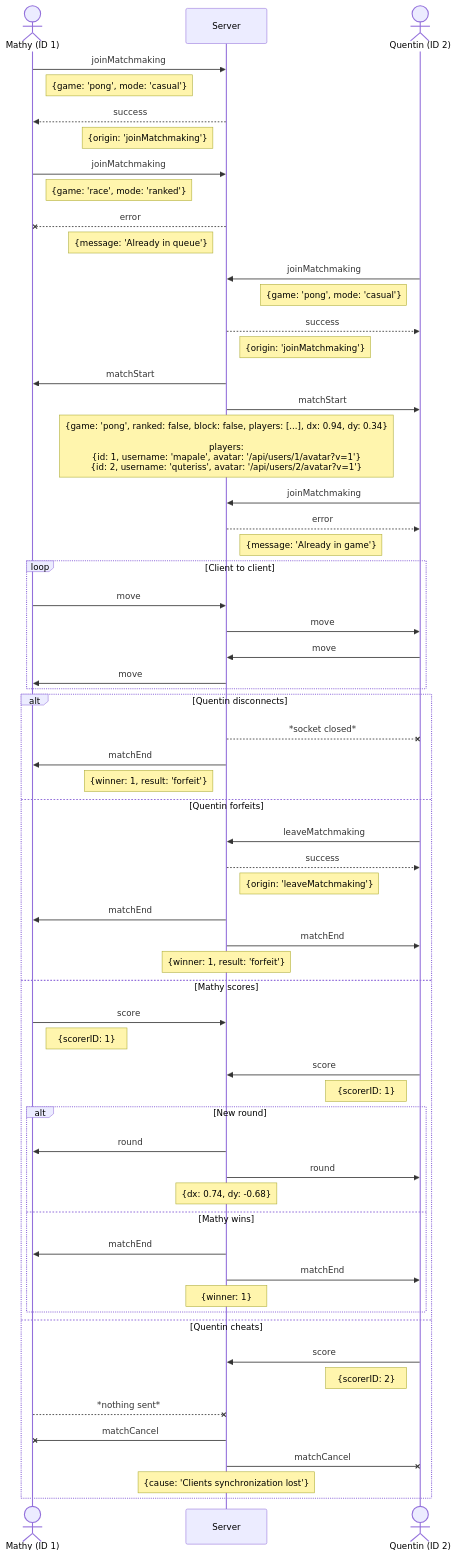
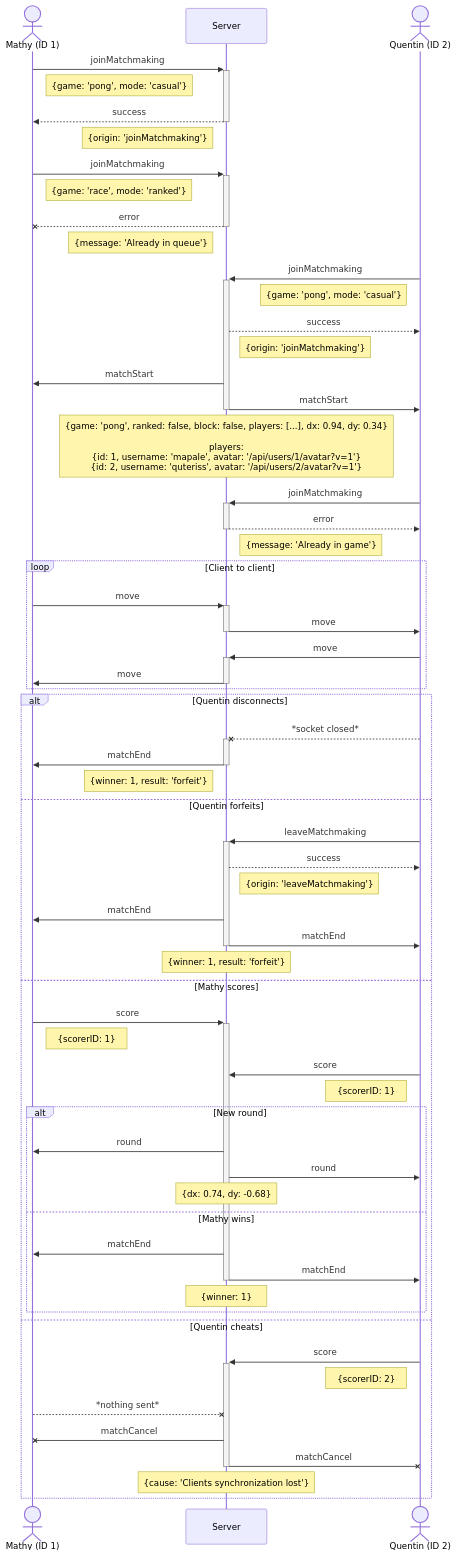
One commit to deydoux/42cursus-ft_transcendence changed the diagram in docs/WebSocket/match.md. Above: the diagram before and after it, drawn with Mermaid. The commit also changed 2 other files, not shown here.

Commit message:
refactor: update sequence diagram notations for clarity in game, match, and tournament flow

````diff
--- a/docs/WebSocket/match.md
+++ b/docs/WebSocket/match.md
@@ -3,74 +3,74 @@
 ```mermaid
 sequenceDiagram
   actor m as Mathy (ID 1)
   participant s as Server
   actor q as Quentin (ID 2)
 
-  m ->> s: joinMatchmaking
+  m ->>+ s: joinMatchmaking
   Note right of m: {game: 'pong', mode: 'casual'}
-  s -->> m: success
+  s -->>- m: success
   Note left of s: {origin: 'joinMatchmaking'}
 
-  m ->> s: joinMatchmaking
+  m ->>+ s: joinMatchmaking
   Note right of m: {game: 'race', mode: 'ranked'}
-  s --x m: error
+  s --x- m: error
   Note left of s: {message: 'Already in queue'}
 
-  q ->> s: joinMatchmaking
+  q ->>+ s: joinMatchmaking
   Note left of q: {game: 'pong', mode: 'casual'}
   s -->> q: success
   Note right of s: {origin: 'joinMatchmaking'}
 
   s ->> m: matchStart
-  s ->> q: matchStart
+  s ->>- q: matchStart
   Note over s: {game: 'pong', ranked: false, block: false, players: [...], dx: 0.94, dy: 0.34}<br><br> players:<br>{id: 1, username: 'mapale', avatar: '/api/users/1/avatar?v=1'}<br>{id: 2, username: 'quteriss', avatar: '/api/users/2/avatar?v=1'}
 
-  q ->> s: joinMatchmaking
-  s -->> q: error
+  q ->>+ s: joinMatchmaking
+  s -->>- q: error
   Note right of s: {message: 'Already in game'}
 
   loop Client to client
-    m ->> s: move
-    s ->> q: move
-    q ->> s: move
-    s ->> m: move
+    m ->>+ s: move
+    s ->>- q: move
+    q ->>+ s: move
+    s ->>- m: move
   end
 
   alt Quentin disconnects
-    s --x q: *socket closed*
-    s ->> m: matchEnd
+    q --x+ s: *socket closed*
+    s ->>- m: matchEnd
     Note left of s: {winner: 1, result: 'forfeit'}
 
   else Quentin forfeits
-    q ->> s: leaveMatchmaking
+    q ->>+ s: leaveMatchmaking
     s -->> q: success
     Note right of s: {origin: 'leaveMatchmaking'}
     s ->> m: matchEnd
-    s ->> q: matchEnd
+    s ->>- q: matchEnd
     Note over s: {winner: 1, result: 'forfeit'}
 
   else Mathy scores
-    m ->> s: score
+    m ->>+ s: score
     Note right of m: {scorerID: 1}
     q ->> s: score
     Note left of q: {scorerID: 1}
 
     alt New round
       s ->> m: round
       s ->> q: round
       Note over s: {dx: 0.74, dy: -0.68}
     else Mathy wins
       s ->> m: matchEnd
-      s ->> q: matchEnd
+      s ->>- q: matchEnd
       Note over s: {winner: 1}
     end
 
   else Quentin cheats
-    q ->> s: score
+    q ->>+ s: score
     Note left of q: {scorerID: 2}
     m --x s: *nothing sent*
     s -x m: matchCancel
-    s -x q: matchCancel
+    s -x- q: matchCancel
     Note over s: {cause: 'Clients synchronization lost'}
   end
 ```
````
